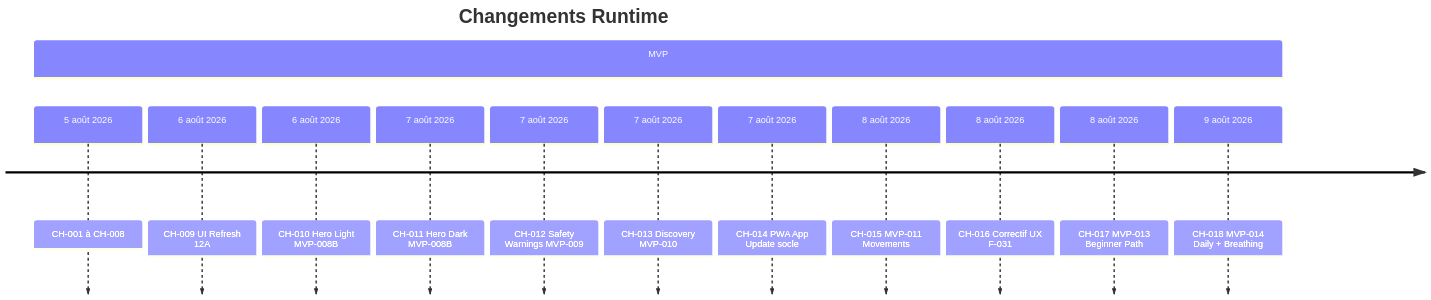
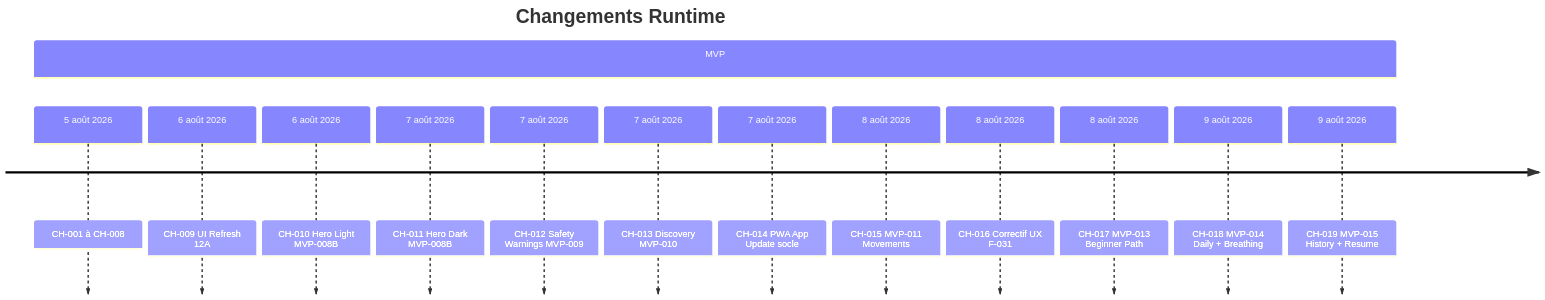
One commit to JavaChrist/Tai-Chi-AI-Coach changed the diagram in docs/runtime/17_CHANGE_HISTORY.md. Above: the diagram before and after it, drawn with Mermaid. The commit also changed other lines of this file and 45 other files, not shown here.

First line of the commit message:
feat(progress): complete MVP-015 history progress and resume

````diff
--- a/docs/runtime/17_CHANGE_HISTORY.md
+++ b/docs/runtime/17_CHANGE_HISTORY.md
@@ -53,16 +54,17 @@
 ```mermaid
 timeline
   title Changements Runtime
   section MVP
     5 août 2026 : CH-001 à CH-008
     6 août 2026 : CH-009 UI Refresh 12A
     6 août 2026 : CH-010 Hero Light MVP-008B
     7 août 2026 : CH-011 Hero Dark MVP-008B
     7 août 2026 : CH-012 Safety Warnings MVP-009
     7 août 2026 : CH-013 Discovery MVP-010
     7 août 2026 : CH-014 PWA App Update socle
     8 août 2026 : CH-015 MVP-011 Movements
     8 août 2026 : CH-016 Correctif UX F-031
     8 août 2026 : CH-017 MVP-013 Beginner Path
     9 août 2026 : CH-018 MVP-014 Daily + Breathing
+    9 août 2026 : CH-019 MVP-015 History + Resume
 ```
````
